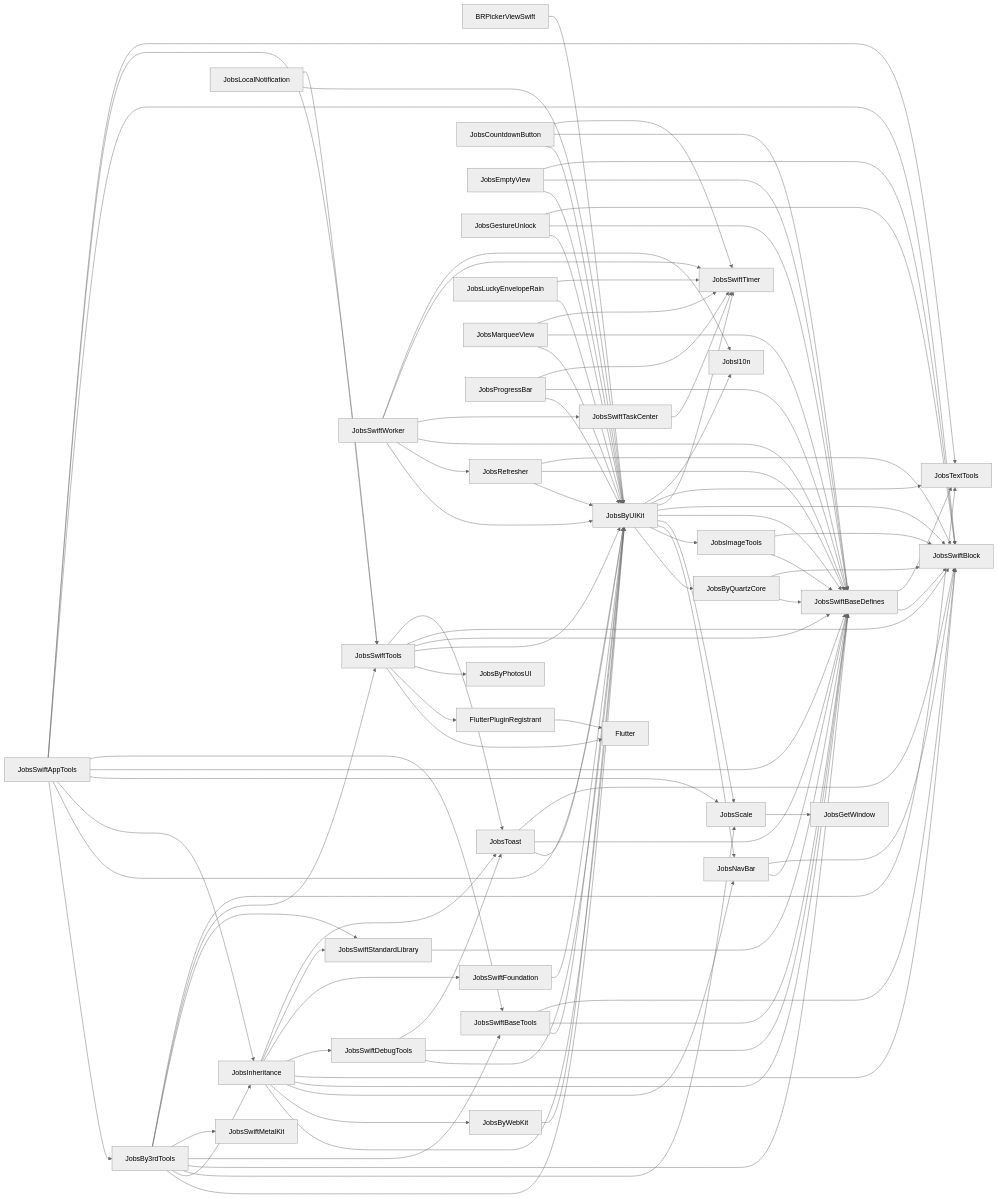
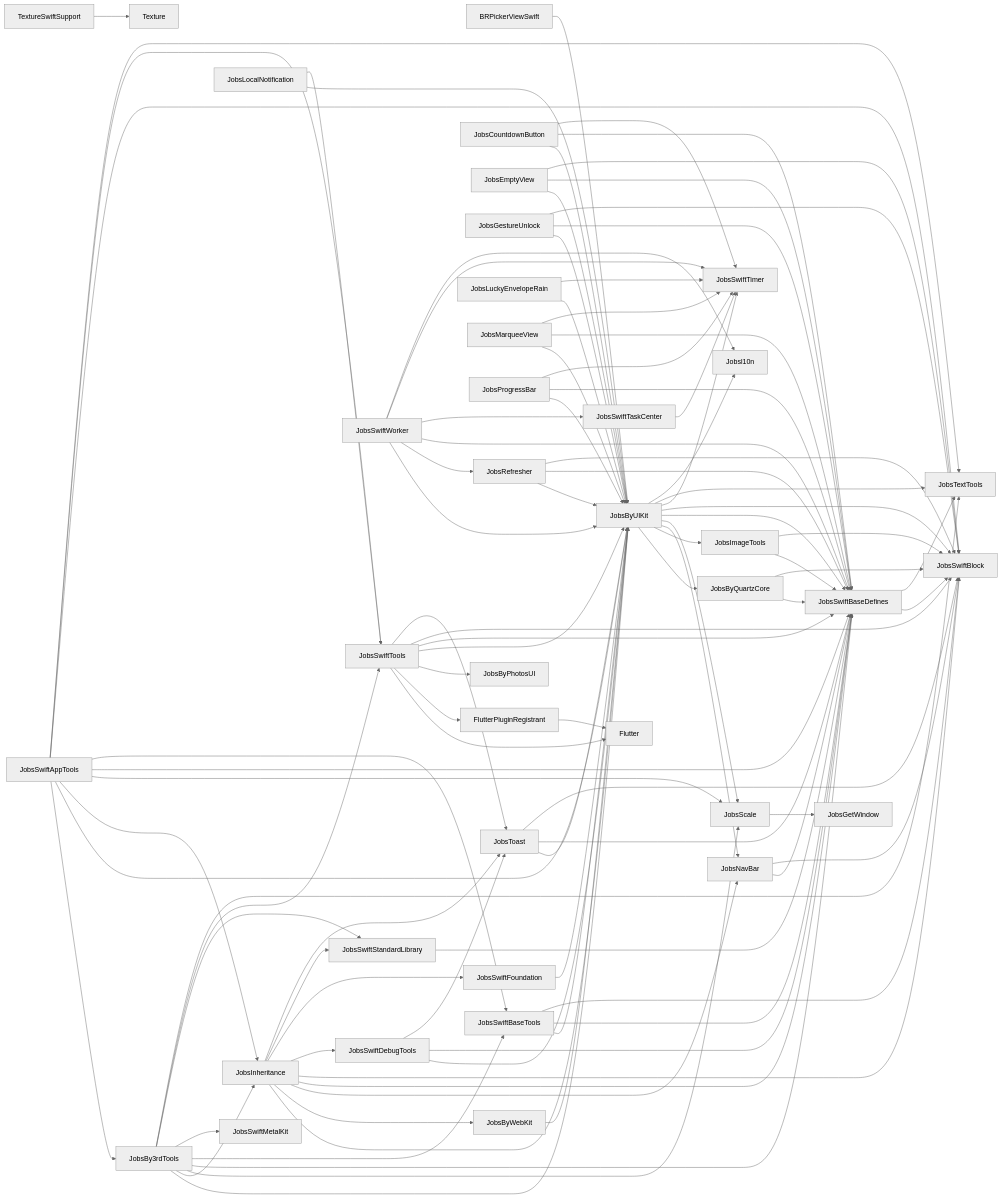
One commit to JobsKits/JobsSwiftBaseConfigDemo changed the first of 2 diagrams in PodspecDependencyReport/PodspecDependencies.md. Above: the diagram before and after it, drawn with Mermaid (neutral theme). The commit also changed other lines of this file and 2312 other files, not shown here.

````diff
--- a/PodspecDependencyReport/PodspecDependencies.md
+++ b/PodspecDependencyReport/PodspecDependencies.md
@@ -194,4 +205,5 @@
   N9817f6c3f4e6["JobsToast"] --> N32038075ad22["JobsByUIKit"]
   N9817f6c3f4e6["JobsToast"] --> N8dbe54185e82["JobsSwiftBaseDefines"]
   N9817f6c3f4e6["JobsToast"] --> Nc7567108c45a["JobsSwiftBlock"]
+  N4b8597aa9c62["TextureSwiftSupport"] --> Na3e8ae43188a["Texture"]
 ```
````
